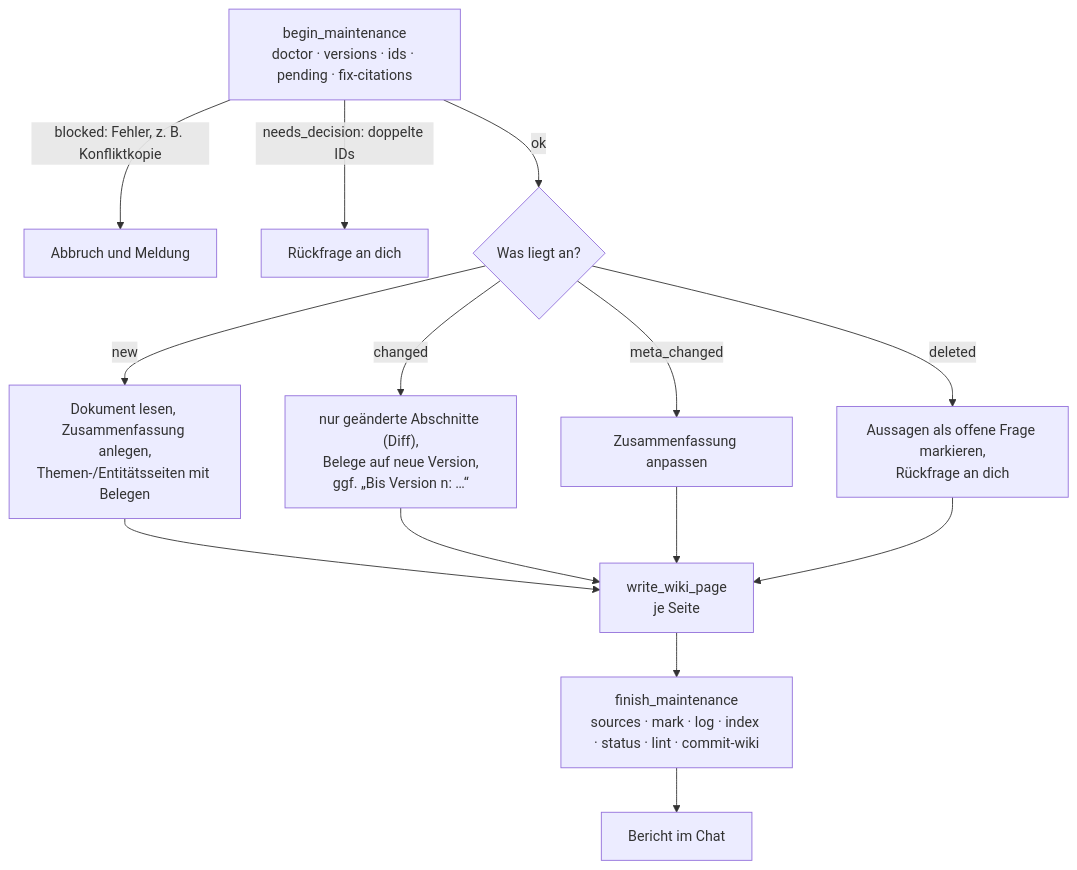
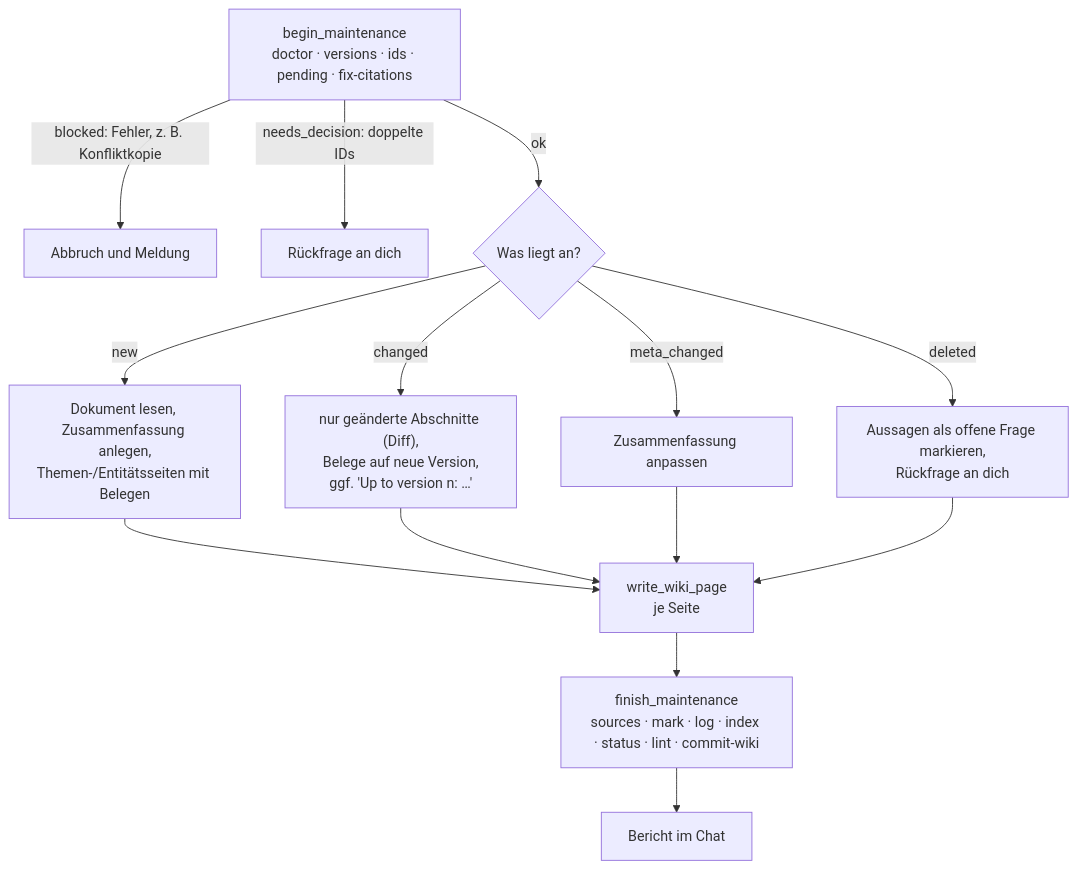
The seventh of 8 diagrams in README.md (achim0x/pkm-llm-wiki), drawn with Mermaid before and after one commit. The commit also changed other lines of this file and 5 other files, not shown here.

````diff
--- a/README.md
+++ b/README.md
@@ -408,16 +1012,16 @@
 ```mermaid
 flowchart TD
     A["begin_maintenance<br/>doctor · versions · ids · pending · fix-citations"] -->|"blocked: Fehler, z. B. Konfliktkopie"| X["Abbruch und Meldung"]
     A -->|"needs_decision: doppelte IDs"| Q["Rückfrage an dich"]
     A -->|ok| E{"Was liegt an?"}
     E -->|new| F["Dokument lesen, Zusammenfassung anlegen,<br/>Themen-/Entitätsseiten mit Belegen"]
-    E -->|changed| G["nur geänderte Abschnitte (Diff),<br/>Belege auf neue Version,<br/>ggf. „Bis Version n: …“"]
+    E -->|changed| G["nur geänderte Abschnitte (Diff),<br/>Belege auf neue Version,<br/>ggf. 'Up to version n: …'"]
     E -->|meta_changed| H["Zusammenfassung anpassen"]
     E -->|deleted| J["Aussagen als offene Frage markieren,<br/>Rückfrage an dich"]
     F --> W["write_wiki_page<br/>je Seite"]
     G --> W
     H --> W
     J --> W
     W --> K["finish_maintenance<br/>sources · mark · log · index · status · lint · commit-wiki"]
     K --> N["Bericht im Chat"]
 ```
````
